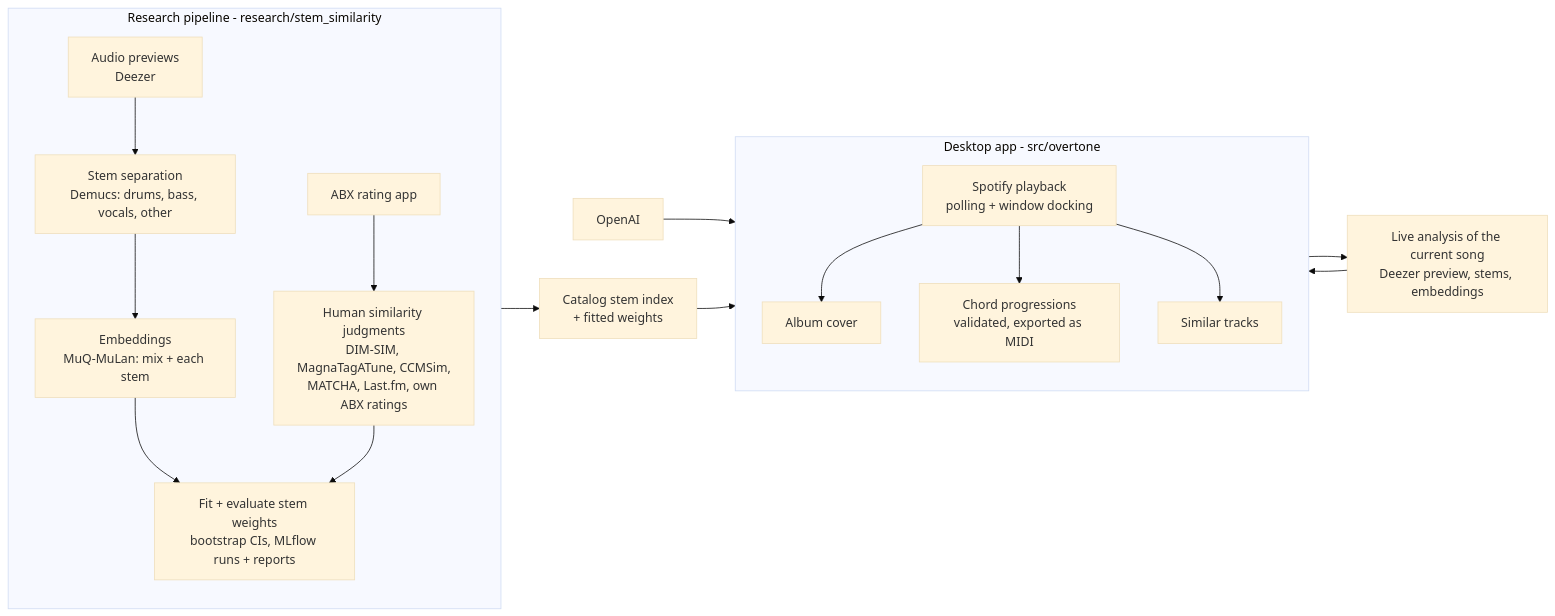
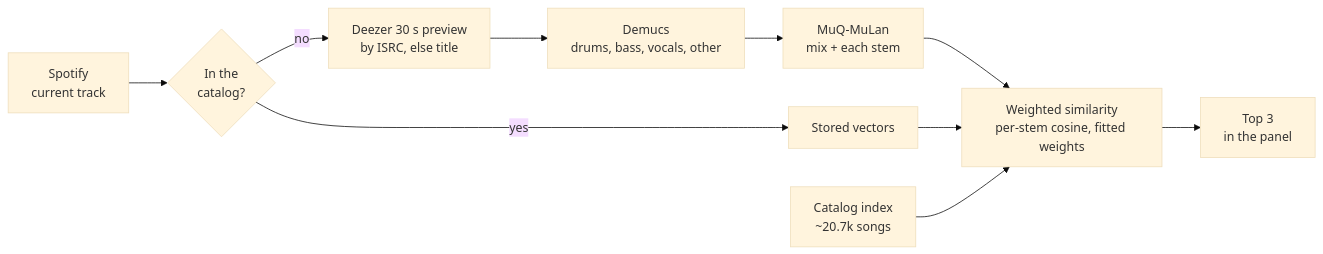
One commit to Nicolas-Cunderlik/Overtone changed the diagram in README.md. Above: the diagram before and after it, drawn with Mermaid (base theme). The commit also changed other lines of this file, not shown here.

````diff
--- a/README.md
+++ b/README.md
@@ -17,32 +17,12 @@
 ```mermaid
 flowchart LR
-    subgraph research["Research pipeline - research/stem_similarity"]
-        direction TB
-        JUDGE["Human similarity judgments<br/>DIM-SIM, MagnaTagATune, CCMSim,<br/>MATCHA, Last.fm, own ABX ratings"]
-        RATE["ABX rating app"]
-        AUDIO["Audio previews<br/>Deezer"]
-        SEP["Stem separation<br/>Demucs: drums, bass, vocals, other"]
-        EMB["Embeddings<br/>MuQ-MuLan: mix + each stem"]
-        FIT["Fit + evaluate stem weights<br/>bootstrap CIs, MLflow runs + reports"]
-        RATE --> JUDGE
-        AUDIO --> SEP --> EMB --> FIT
-        JUDGE --> FIT
-    end
-
-    subgraph app["Desktop app - src/overtone"]
-        direction TB
-        PLAY["Spotify playback<br/>polling + window docking"]
-        COVER["Album cover"]
-        CHORDS["Chord progressions<br/>validated, exported as MIDI"]
-        SIM["Similar tracks"]
-        PLAY --> COVER
-        PLAY --> CHORDS
-        PLAY --> SIM
-    end
-
-    LLM["OpenAI"] --> CHORDS
-    FIT --> INDEX["Catalog stem index<br/>+ fitted weights"]
-    INDEX --> SIM
-    PLAY --> LIVE["Live analysis of the current song<br/>Deezer preview, stems, embeddings"]
-    LIVE --> SIM
+    TRACK["Spotify<br/>current track"] --> KNOWN{"In the<br/>catalog?"}
+    KNOWN -- yes --> STORED["Stored vectors"]
+    KNOWN -- no --> PREVIEW["Deezer 30 s preview<br/>by ISRC, else title"]
+    PREVIEW --> DEMUCS["Demucs<br/>drums, bass, vocals, other"]
+    DEMUCS --> MUQ["MuQ-MuLan<br/>mix + each stem"]
+    MUQ --> SCORE
+    STORED --> SCORE["Weighted similarity<br/>per-stem cosine, fitted weights"]
+    INDEX["Catalog index<br/>~20.7k songs"] --> SCORE
+    SCORE --> TOP["Top 3<br/>in the panel"]
 ```
````
